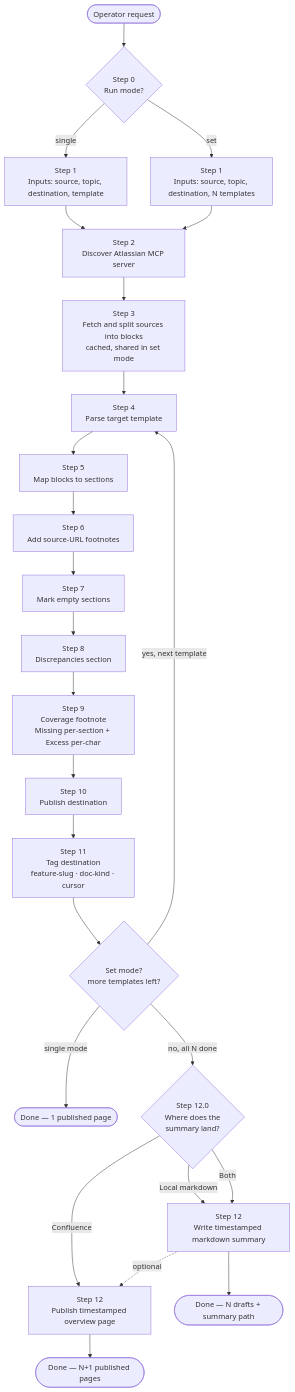
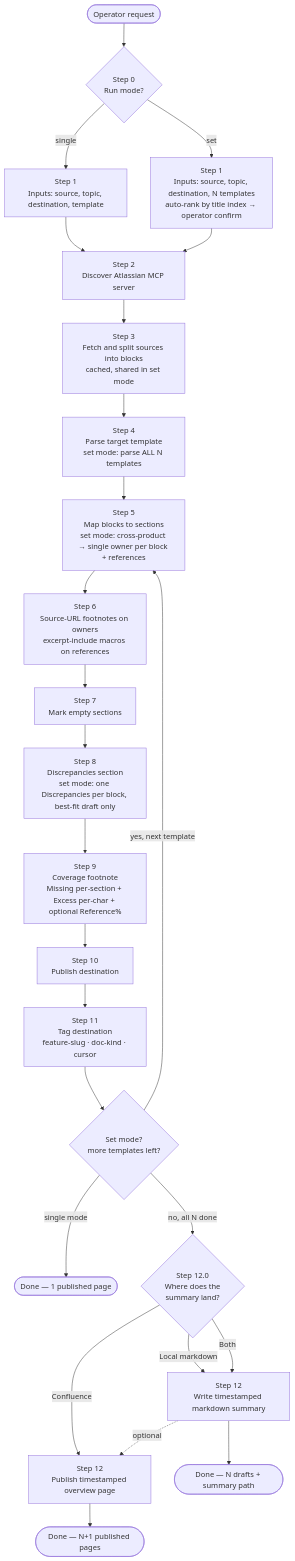
Before and after one commit to JulienAmiot/cursor-skill-documentation-mapper: the diagram in README.md, drawn with Mermaid. The commit also changed other lines of this file and 2 other files, not shown here.

First line of the commit message:
feat(set-mode): parent-priority ownership + explicit template location and hierarchy

````diff
--- a/README.md
+++ b/README.md
@@ -62,32 +104,32 @@
 ```mermaid
 flowchart TD
   Start([Operator request]) --> S0{Step 0<br/>Run mode?}
   S0 -- single --> S1[Step 1<br/>Inputs: source, topic, destination, template]
-  S0 -- set --> S1set[Step 1<br/>Inputs: source, topic, destination, N templates]
+  S0 -- set --> S1set[Step 1<br/>Inputs: source, topic, destination, N templates<br/>auto-rank by title index → operator confirm]
 
   S1 --> S2
   S1set --> S2[Step 2<br/>Discover Atlassian MCP server]
   S2 --> S3[Step 3<br/>Fetch and split sources into blocks<br/>cached, shared in set mode]
 
-  S3 --> S4[Step 4<br/>Parse target template]
-  S4 --> S5[Step 5<br/>Map blocks to sections]
-  S5 --> S6[Step 6<br/>Add source-URL footnotes]
+  S3 --> S4[Step 4<br/>Parse target template<br/>set mode: parse ALL N templates]
+  S4 --> S5[Step 5<br/>Map blocks to sections<br/>set mode: cross-product → single owner per block + references]
+  S5 --> S6[Step 6<br/>Source-URL footnotes on owners<br/>excerpt-include macros on references]
   S6 --> S7[Step 7<br/>Mark empty sections]
-  S7 --> S8[Step 8<br/>Discrepancies section]
-  S8 --> S9[Step 9<br/>Coverage footnote<br/>Missing per-section + Excess per-char]
+  S7 --> S8[Step 8<br/>Discrepancies section<br/>set mode: one Discrepancies per block, best-fit draft only]
+  S8 --> S9[Step 9<br/>Coverage footnote<br/>Missing per-section + Excess per-char + optional Reference%]
   S9 --> S10[Step 10<br/>Publish destination]
   S10 --> S11[Step 11<br/>Tag destination<br/>feature-slug · doc-kind · cursor]
 
   S11 --> Loop{Set mode?<br/>more templates left?}
   Loop -- single mode --> Done1([Done — 1 published page])
-  Loop -- yes, next template --> S4
+  Loop -- yes, next template --> S5
   Loop -- no, all N done --> S12dest{Step 12.0<br/>Where does the<br/>summary land?}
 
   S12dest -- Local markdown --> S12md[Step 12<br/>Write timestamped markdown summary]
   S12dest -- Confluence --> S12cf[Step 12<br/>Publish timestamped overview page]
   S12dest -- Both --> S12md
   S12md -.optional.-> S12cf
 
   S12md --> Done2([Done — N drafts + summary path])
   S12cf --> Done3([Done — N+1 published pages])
 ```
````
